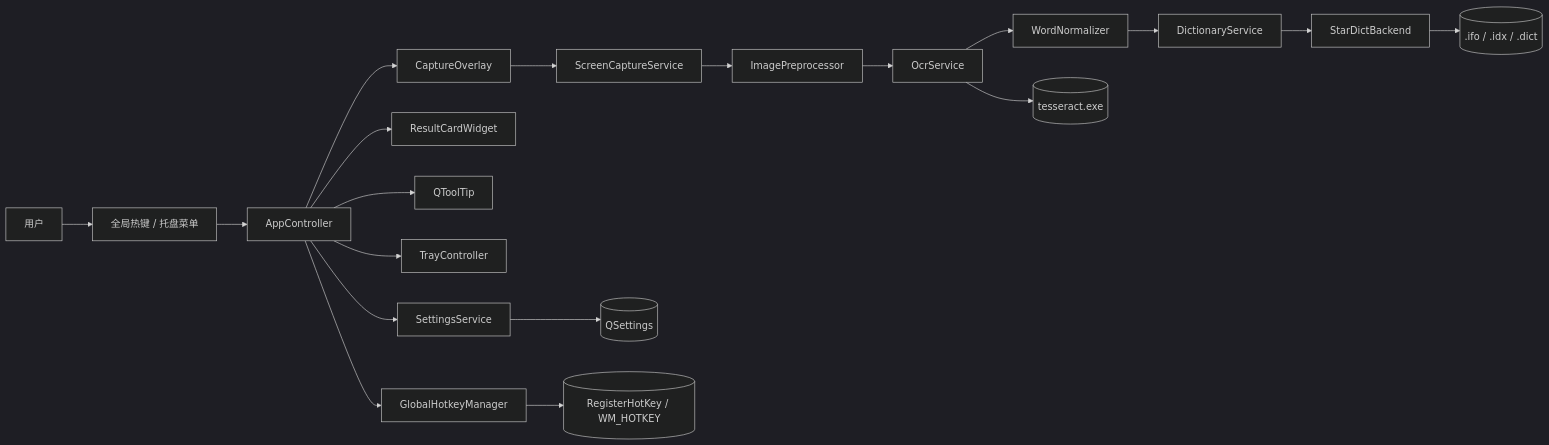
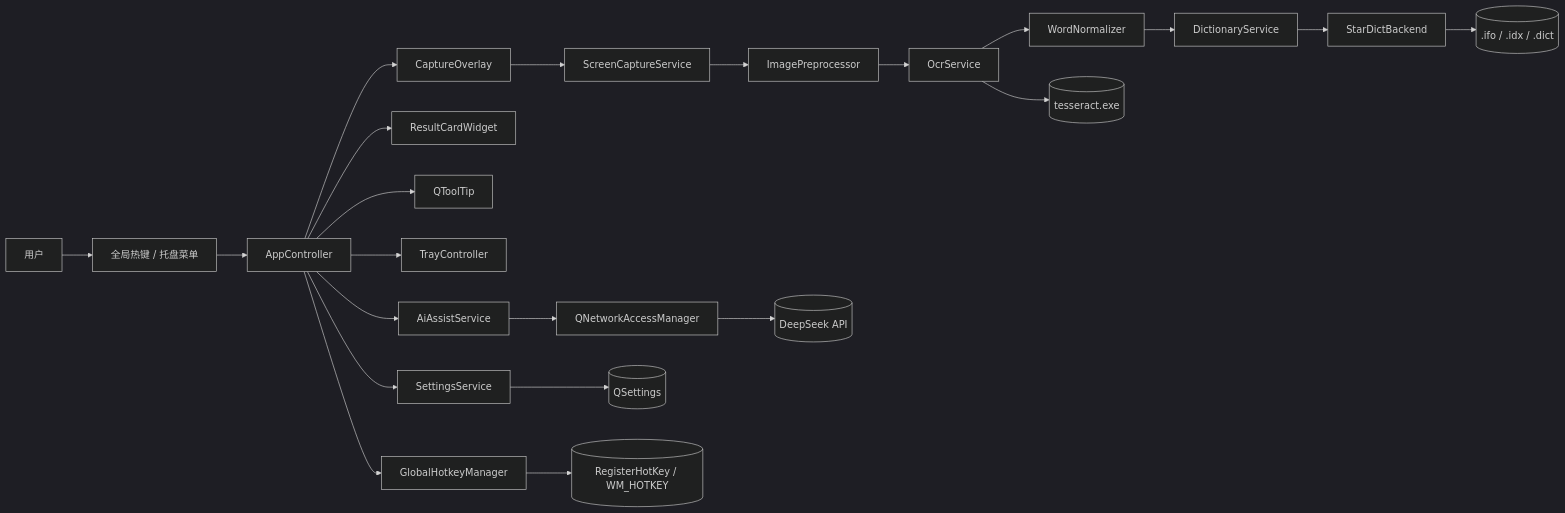
The first of 4 diagrams in docs/ARCHITECTURE.md (kakuyo1/wordSnap), drawn with Mermaid (dark theme) before and after one commit. The commit also changed other lines of this file and 15 other files, not shown here.

````diff
--- a/docs/ARCHITECTURE.md
+++ b/docs/ARCHITECTURE.md
@@ -13,27 +13,30 @@
 ```mermaid
 flowchart LR
     U[用户] --> HK[全局热键 / 托盘菜单]
     HK --> AC[AppController]
 
     AC --> CO[CaptureOverlay]
     CO --> SC[ScreenCaptureService]
     SC --> IP[ImagePreprocessor]
     IP --> OCR[OcrService]
     OCR --> WN[WordNormalizer]
 
     WN --> DS[DictionaryService]
     DS --> SB[StarDictBackend]
     SB --> DICT[(.ifo / .idx / .dict)]
 
     OCR --> TESS[(tesseract.exe)]
 
     AC --> RC[ResultCardWidget]
     AC --> TT[QToolTip]
     AC --> TC[TrayController]
+    AC --> AI[AiAssistService]
+    AI --> NET[QNetworkAccessManager]
+    NET --> DSAPI[(DeepSeek API)]
 
     AC --> SS[SettingsService]
     SS --> QS[(QSettings)]
 
     AC --> GHM[GlobalHotkeyManager]
     GHM --> WINAPI[(RegisterHotKey / WM_HOTKEY)]
 ```
````
